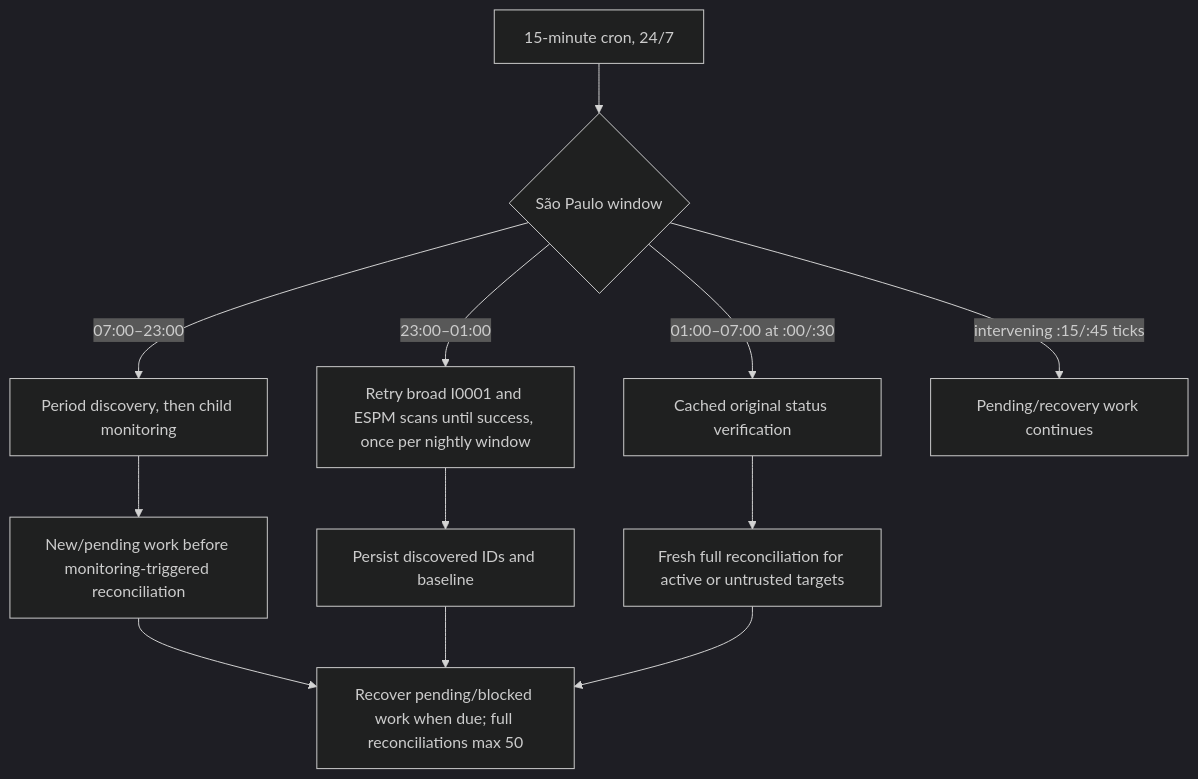
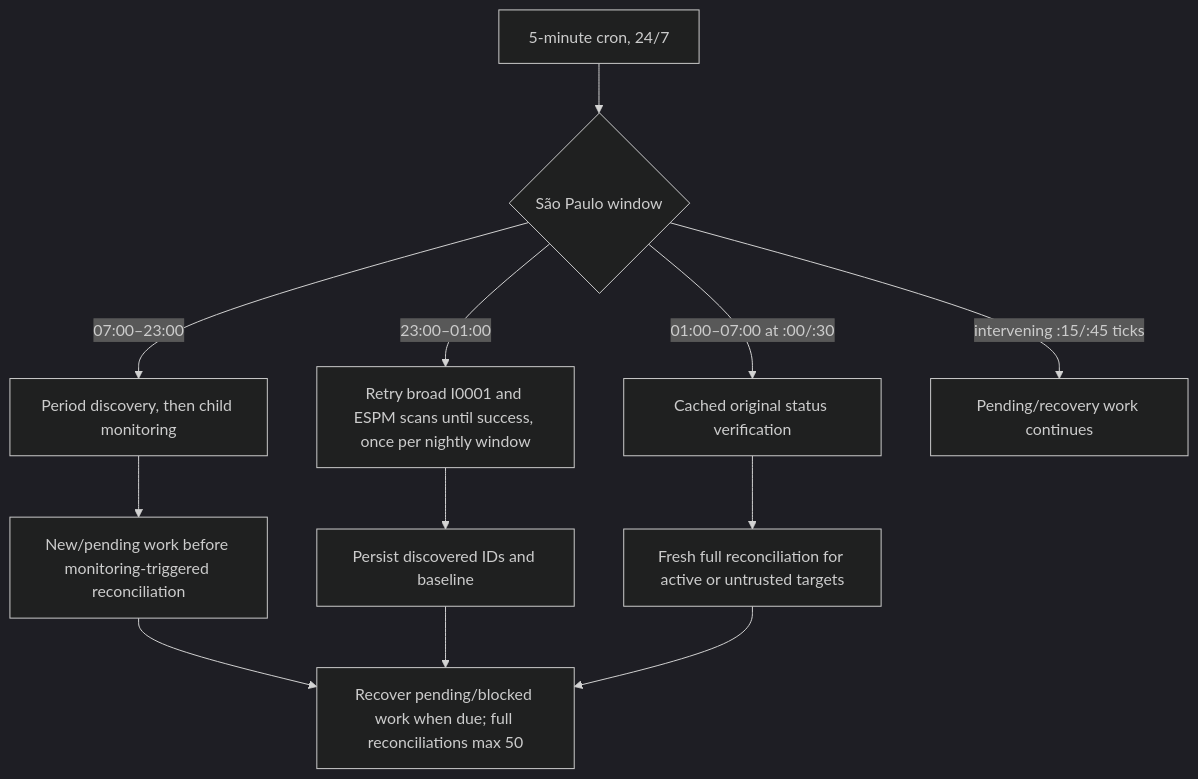
The diagram in TECHNICAL.md (lmssandbox-dev/section-association-fix), drawn with Mermaid (dark theme) before and after one commit. The commit also changed other lines of this file and 16 other files, not shown here.

````diff
--- a/TECHNICAL.md
+++ b/TECHNICAL.md
@@ -60,14 +60,14 @@
 ```mermaid
 flowchart TD
-  A[15-minute cron, 24/7] --> B{São Paulo window}
+  A[5-minute cron, 24/7] --> B{São Paulo window}
   B -- 07:00–23:00 --> C[Period discovery, then child monitoring]
   B -- 23:00–01:00 --> D[Retry broad I0001 and ESPM scans until success, once per nightly window]
   B -- 01:00–07:00 at :00/:30 --> E[Cached original status verification]
   B -- intervening :15/:45 ticks --> F[Pending/recovery work continues]
   C --> G[New/pending work before monitoring-triggered reconciliation]
   D --> H[Persist discovered IDs and baseline]
   E --> I[Fresh full reconciliation for active or untrusted targets]
   G --> J[Recover pending/blocked work when due; full reconciliations max 50]
   H --> J
   I --> J
 ```
````
